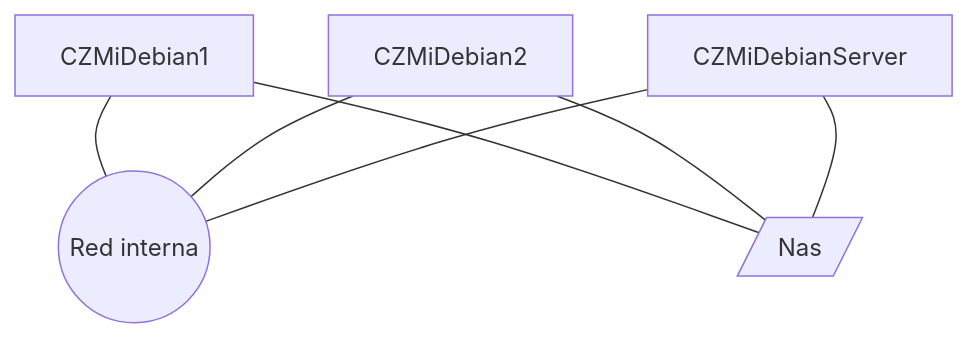
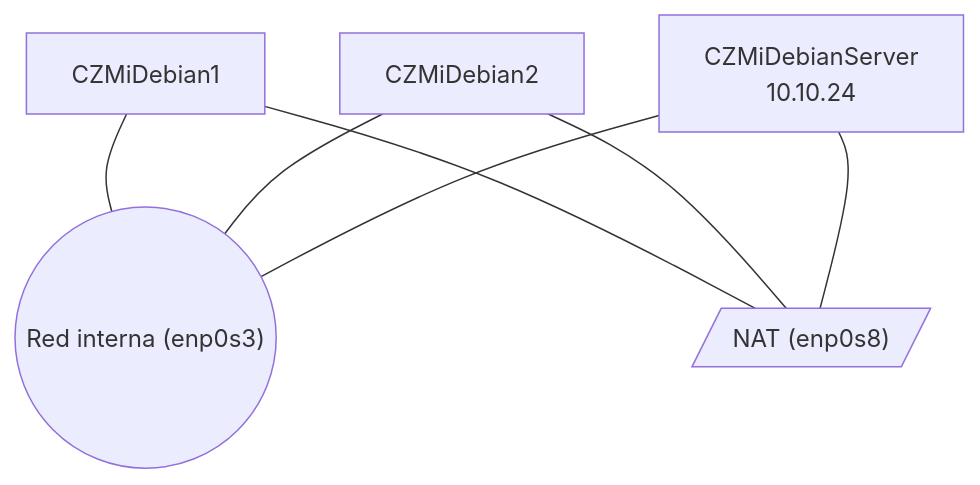
One commit to Adega318/uni-apuntes changed the diagram in 3/3.1/xi/practica/xi-vbox.md. Above: the diagram before and after it, drawn with Mermaid.

Commit message:
vault backup: 2023-11-03 14:15:41

````diff
--- a/3/3.1/xi/practica/xi-vbox.md
+++ b/3/3.1/xi/practica/xi-vbox.md
@@ -3,14 +3,14 @@
 ```mermaid
 flowchart TD
 	D1[CZMiDebian1]
 	D2[CZMiDebian2]
-	DS[CZMiDebianServer]
-	N[/Nas/]
-	R((Red interna))
+	DS[CZMiDebianServer\n 10.10.24]
+	N[/"NAT (enp0s8)"/]
+	R(("Red interna (enp0s3)"))
 	D1---R
 	D1---N
 	D2---R
 	D2---N
 	DS---R
 	DS---N
 ```
````
